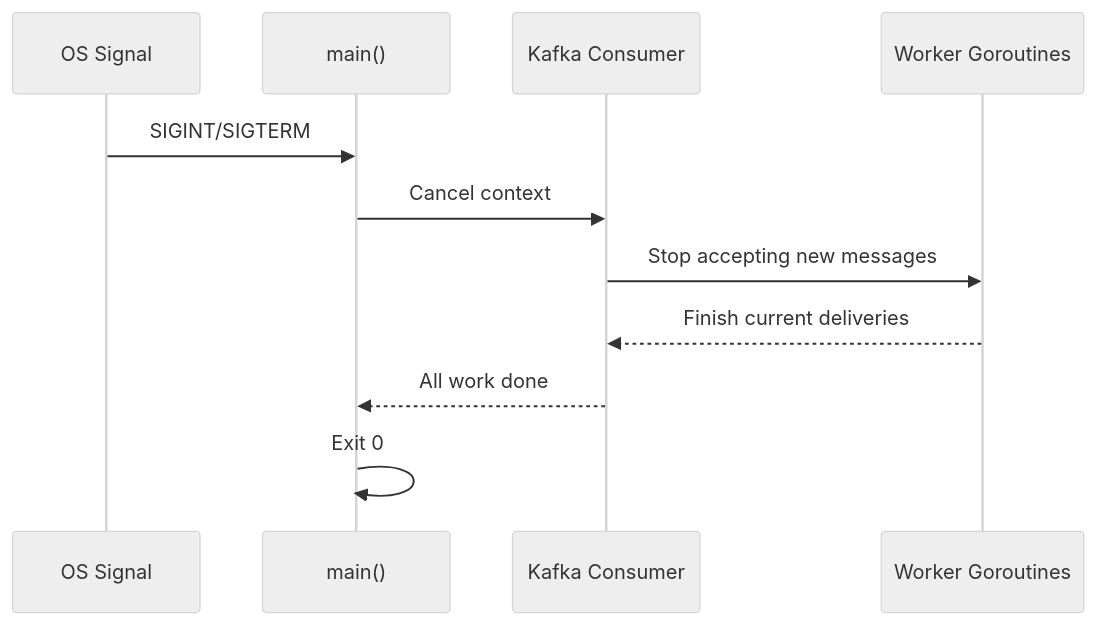
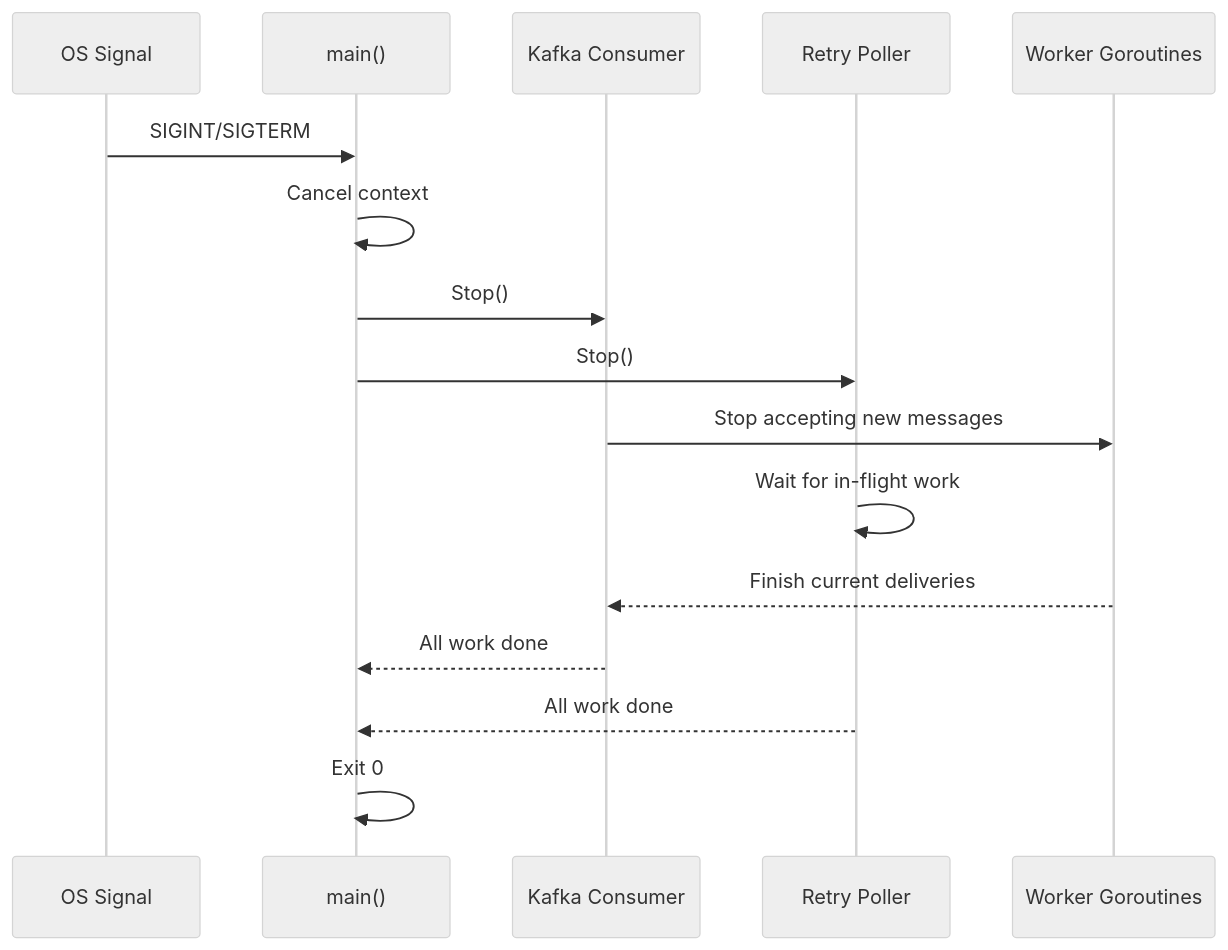
Diagram 11 of 12 in docs/architecture.md (felipepmaragno/webhook-service), drawn with Mermaid (neutral theme) before and after one commit. The commit also changed other lines of this file and 3 other files, not shown here.

First line of the commit message:
docs: add ADR 013 and update architecture diagrams

````diff
--- a/docs/architecture.md
+++ b/docs/architecture.md
@@ -353,14 +436,19 @@
 ```mermaid
 sequenceDiagram
     participant Signal as OS Signal
     participant Main as main()
     participant Consumer as Kafka Consumer
+    participant Poller as Retry Poller
     participant Workers as Worker Goroutines
 
     Signal->>Main: SIGINT/SIGTERM
-    Main->>Consumer: Cancel context
+    Main->>Main: Cancel context
+    Main->>Consumer: Stop()
+    Main->>Poller: Stop()
     Consumer->>Workers: Stop accepting new messages
+    Poller->>Poller: Wait for in-flight work
     Workers-->>Consumer: Finish current deliveries
     Consumer-->>Main: All work done
+    Poller-->>Main: All work done
     Main->>Main: Exit 0
 ```
````
